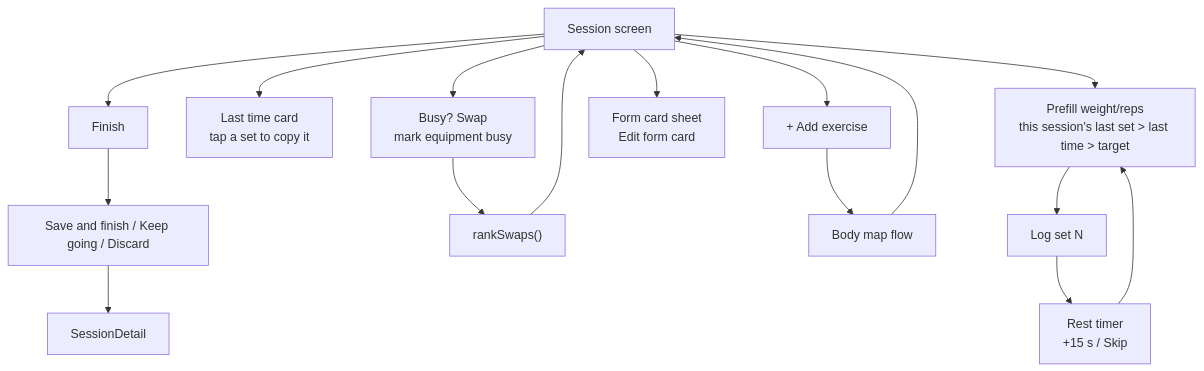
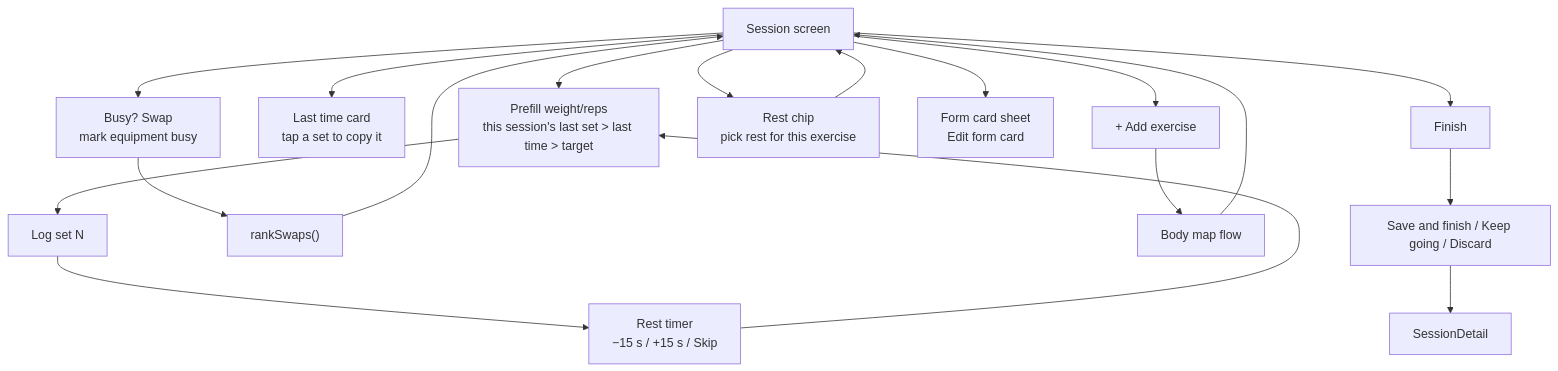
Before and after one commit to Gaurav-7-Ghosh/PersonalHealthTracker: the second of 7 diagrams in docs/FLOWS.md, drawn with Mermaid. The commit also changed other lines of this file and 11 other files, not shown here.

First line of the commit message:
Rest timer per exercise, kept across locking the phone

````diff
--- a/docs/FLOWS.md
+++ b/docs/FLOWS.md
@@ -28,11 +28,12 @@
 ```mermaid
 flowchart TD
   S["Session screen"] --> P["Prefill weight/reps<br/>this session's last set > last time > target"]
-  P --> L["Log set N"] --> R["Rest timer<br/>+15 s / Skip"] --> P
+  P --> L["Log set N"] --> R["Rest timer<br/>−15 s / +15 s / Skip"] --> P
   S --> LT["Last time card<br/>tap a set to copy it"]
   S --> SW["Busy? Swap<br/>mark equipment busy"] --> RS["rankSwaps()"] --> S
   S --> ADD["+ Add exercise"] --> BM["Body map flow"] --> S
+  S --> RT["Rest chip<br/>pick rest for this exercise"] --> S
   S --> FC["Form card sheet<br/>Edit form card"]
   S --> F["Finish"] --> SV["Save and finish / Keep going / Discard"]
   SV --> D["SessionDetail"]
 ```
````
